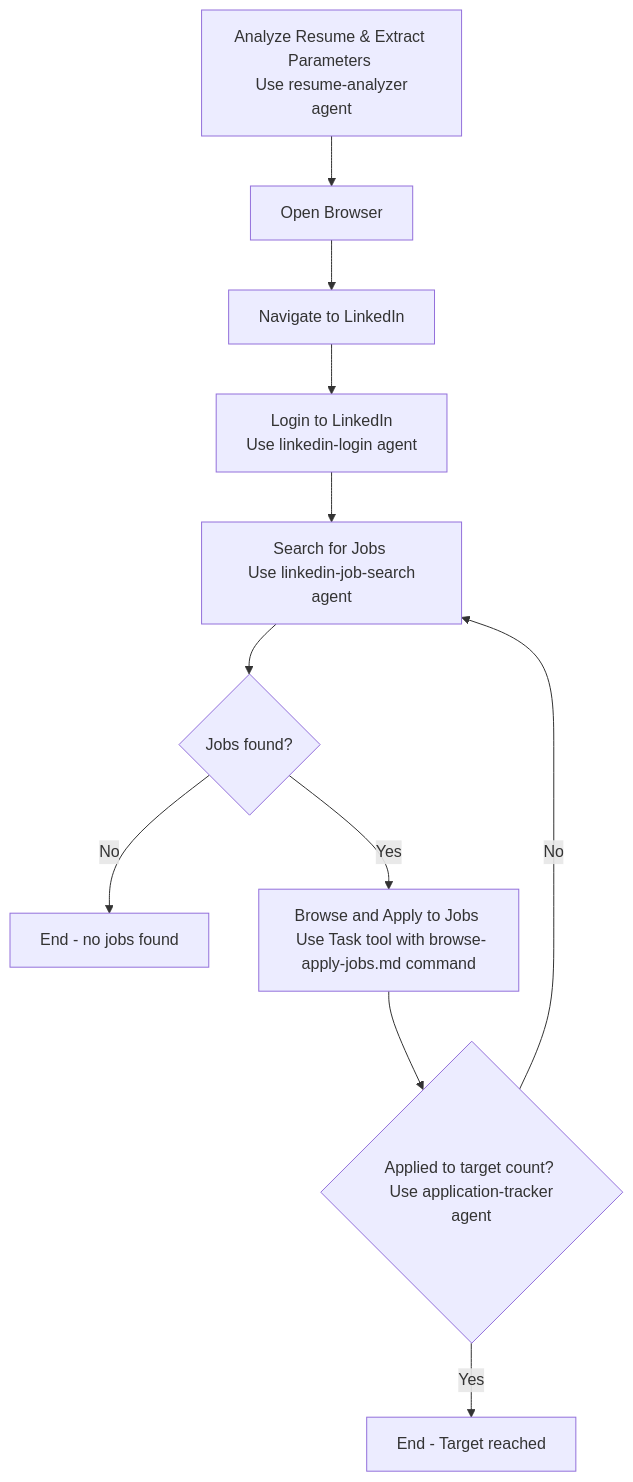
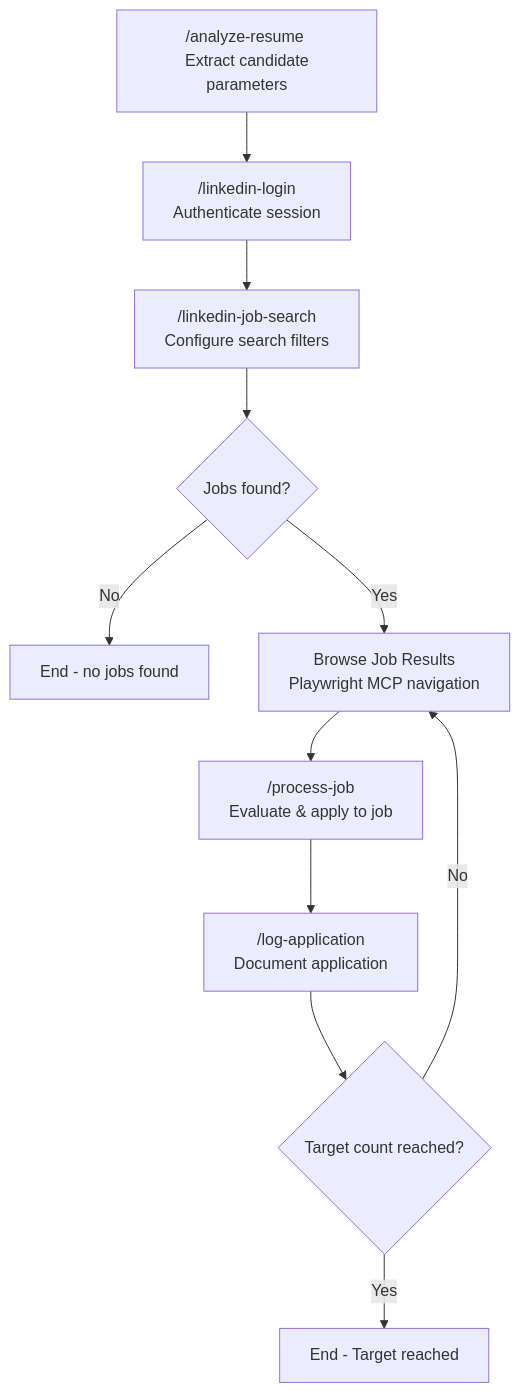
The diagram in .claude/commands/linkedin-jobs.md (o2alexanderfedin/linkedin-job-automation), drawn with Mermaid before and after one commit. The commit also changed other lines of this file and 16 other files, not shown here.

First line of the commit message:
Restructure LinkedIn automation with modular command architecture

````diff
--- a/.claude/commands/linkedin-jobs.md
+++ b/.claude/commands/linkedin-jobs.md
@@ -42,13 +42,13 @@
 ```mermaid
 flowchart TD
-    A["Analyze Resume & Extract Parameters <br/> Use resume-analyzer agent"] --> B[Open Browser]
-    B --> C[Navigate to LinkedIn]
-    C --> D["Login to LinkedIn <br/> Use linkedin-login agent"]
-    D --> E["Search for Jobs <br/> Use linkedin-job-search agent"]
-    E --> F{Jobs found?}
-    F -->|No| G[End - no jobs found]
-    F -->|Yes| H["Browse and Apply to Jobs <br/> Use Task tool with browse-apply-jobs.md command"]
-    H --> I{"Applied to target count? <br/> Use application-tracker agent"}
-    I -->|No| E
+    A["/analyze-resume <br/> Extract candidate parameters"] --> B["/linkedin-login <br/> Authenticate session"]
+    B --> C["/linkedin-job-search <br/> Configure search filters"]
+    C --> D{Jobs found?}
+    D -->|No| E[End - no jobs found]
+    D -->|Yes| F["Browse Job Results <br/> Playwright MCP navigation"]
+    F --> G["/process-job <br/> Evaluate & apply to job"]
+    G --> H["/log-application <br/> Document application"]
+    H --> I{Target count reached?}
+    I -->|No| F
     I -->|Yes| J[End - Target reached]
 ```
````
